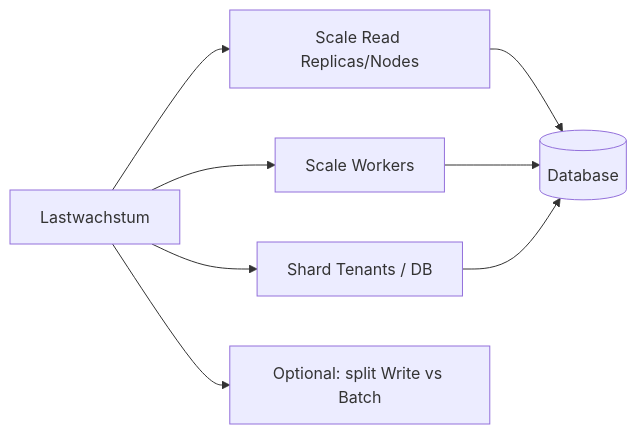
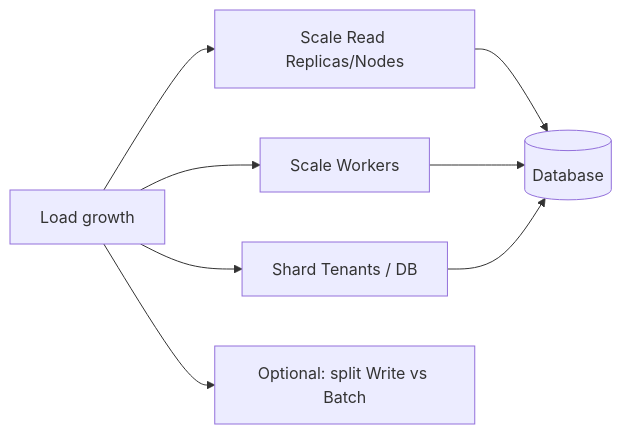
Before and after one commit to RainerMaxWallscheid/fineract-osgi: the second of 3 diagrams in docs/arc42/07_quality_attributes.md, drawn with Mermaid. The commit also changed other lines of this file and 38 other files, not shown here.

````diff
--- a/docs/arc42/07_quality_attributes.md
+++ b/docs/arc42/07_quality_attributes.md
@@ -244,10 +244,10 @@
 ```mermaid
 flowchart LR
-    Load[Lastwachstum] --> R[Scale Read Replicas/Nodes]
+    Load[Load growth] --> R[Scale Read Replicas/Nodes]
     Load --> W[Scale Workers]
     Load --> T[Shard Tenants / DB]
     Load --> F[Optional: split Write vs Batch]
     R --> DB[(Database)]
     W --> DB
     T --> DB
 ```
````
